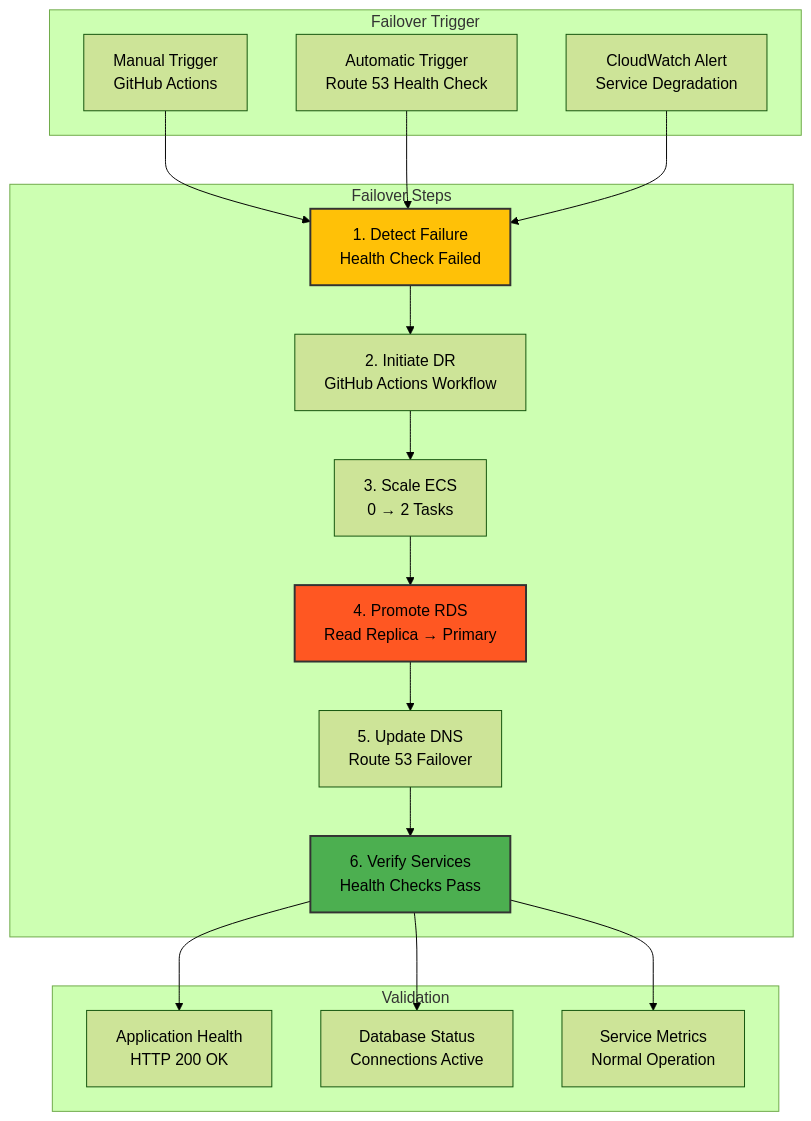
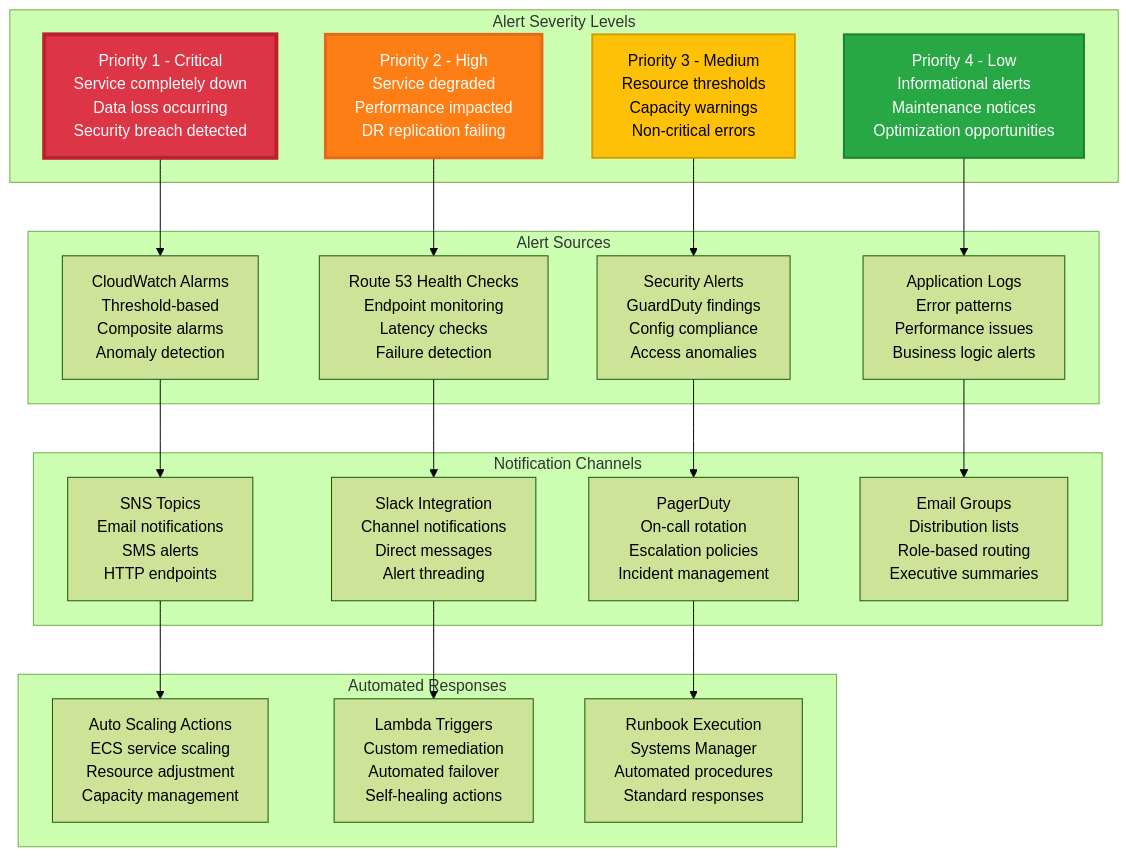
One commit to mangucletus/disaster-recovery-for-containerized-lamp-stack-application changed diagram 11 of 20 in README.md. Above: the diagram before and after it, drawn with Mermaid (forest theme). The commit also changed other lines of this file, not shown here.

````diff
--- a/README.md
+++ b/README.md
@@ -470,41 +827,48 @@
 ```mermaid
-graph TB
-    subgraph "Failover Trigger"
-        Manual[Manual Trigger<br/>GitHub Actions]
-        Auto[Automatic Trigger<br/>Route 53 Health Check]
-        Alert[CloudWatch Alert<br/>Service Degradation]
+graph TD
+    subgraph "Alert Severity Levels"
+        P1[Priority 1 - Critical<br/>Service completely down<br/>Data loss occurring<br/>Security breach detected]
+        P2[Priority 2 - High<br/>Service degraded<br/>Performance impacted<br/>DR replication failing]
+        P3[Priority 3 - Medium<br/>Resource thresholds<br/>Capacity warnings<br/>Non-critical errors]
+        P4[Priority 4 - Low<br/>Informational alerts<br/>Maintenance notices<br/>Optimization opportunities]
     end
     
-    subgraph "Failover Steps"
-        Step1[1. Detect Failure<br/>Health Check Failed]
-        Step2[2. Initiate DR<br/>GitHub Actions Workflow]
-        Step3[3. Scale ECS<br/>0 → 2 Tasks]
-        Step4[4. Promote RDS<br/>Read Replica → Primary]
-        Step5[5. Update DNS<br/>Route 53 Failover]
-        Step6[6. Verify Services<br/>Health Checks Pass]
+    subgraph "Alert Sources"
+        CloudWatchAlarms[CloudWatch Alarms<br/>Threshold-based<br/>Composite alarms<br/>Anomaly detection]
+        HealthChecks[Route 53 Health Checks<br/>Endpoint monitoring<br/>Latency checks<br/>Failure detection]
+        SecurityAlerts[Security Alerts<br/>GuardDuty findings<br/>Config compliance<br/>Access anomalies]
+        ApplicationLogs[Application Logs<br/>Error patterns<br/>Performance issues<br/>Business logic alerts]
     end
     
-    subgraph "Validation"
-        Check1[Application Health<br/>HTTP 200 OK]
-        Check2[Database Status<br/>Connections Active]
-        Check3[Service Metrics<br/>Normal Operation]
+    subgraph "Notification Channels"
+        SNSTopic[SNS Topics<br/>Email notifications<br/>SMS alerts<br/>HTTP endpoints]
+        SlackIntegration[Slack Integration<br/>Channel notifications<br/>Direct messages<br/>Alert threading]
+        PagerDuty[PagerDuty<br/>On-call rotation<br/>Escalation policies<br/>Incident management]
+        EmailGroups[Email Groups<br/>Distribution lists<br/>Role-based routing<br/>Executive summaries]
     end
     
-    Manual --> Step1
-    Auto --> Step1
-    Alert --> Step1
+    subgraph "Automated Responses"
+        AutoScaling[Auto Scaling Actions<br/>ECS service scaling<br/>Resource adjustment<br/>Capacity management]
+        LambdaTriggers[Lambda Triggers<br/>Custom remediation<br/>Automated failover<br/>Self-healing actions]
+        RunbookExecution[Runbook Execution<br/>Systems Manager<br/>Automated procedures<br/>Standard responses]
+    end
     
-    Step1 --> Step2
-    Step2 --> Step3
-    Step3 --> Step4
-    Step4 --> Step5
-    Step5 --> Step6
+    P1 --> CloudWatchAlarms
+    P2 --> HealthChecks
+    P3 --> SecurityAlerts
+    P4 --> ApplicationLogs
     
-    Step6 --> Check1
-    Step6 --> Check2
-    Step6 --> Check3
+    CloudWatchAlarms --> SNSTopic
+    HealthChecks --> SlackIntegration
+    SecurityAlerts --> PagerDuty
+    ApplicationLogs --> EmailGroups
     
-    style Step1 fill:#FFC107,stroke:#333,stroke-width:2px
-    style Step4 fill:#FF5722,stroke:#333,stroke-width:2px
-    style Step6 fill:#4CAF50,stroke:#333,stroke-width:2px
+    SNSTopic --> AutoScaling
+    SlackIntegration --> LambdaTriggers
+    PagerDuty --> RunbookExecution
+    
+    style P1 fill:#dc3545,color:#ffffff,stroke:#bd2130,stroke-width:4px
+    style P2 fill:#fd7e14,color:#ffffff,stroke:#e8681a,stroke-width:3px
+    style P3 fill:#ffc107,color:#000000,stroke:#d39e00,stroke-width:2px
+    style P4 fill:#28a745,color:#ffffff,stroke:#1e7e34,stroke-width:2px
 ```
````
